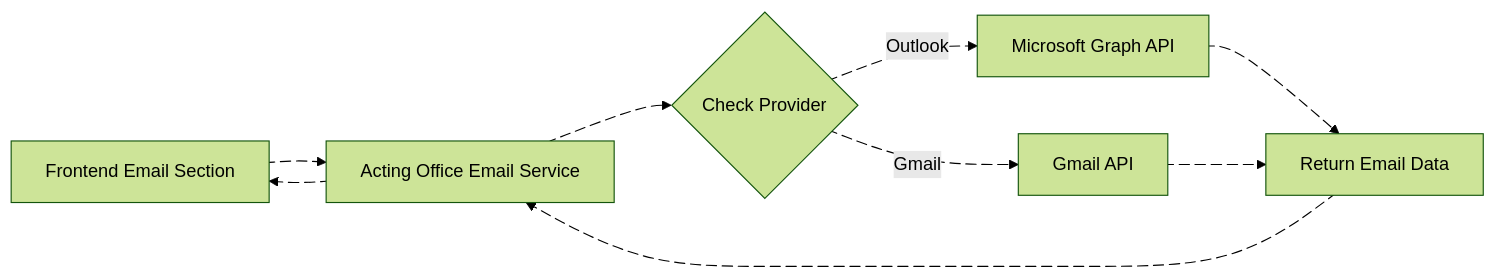
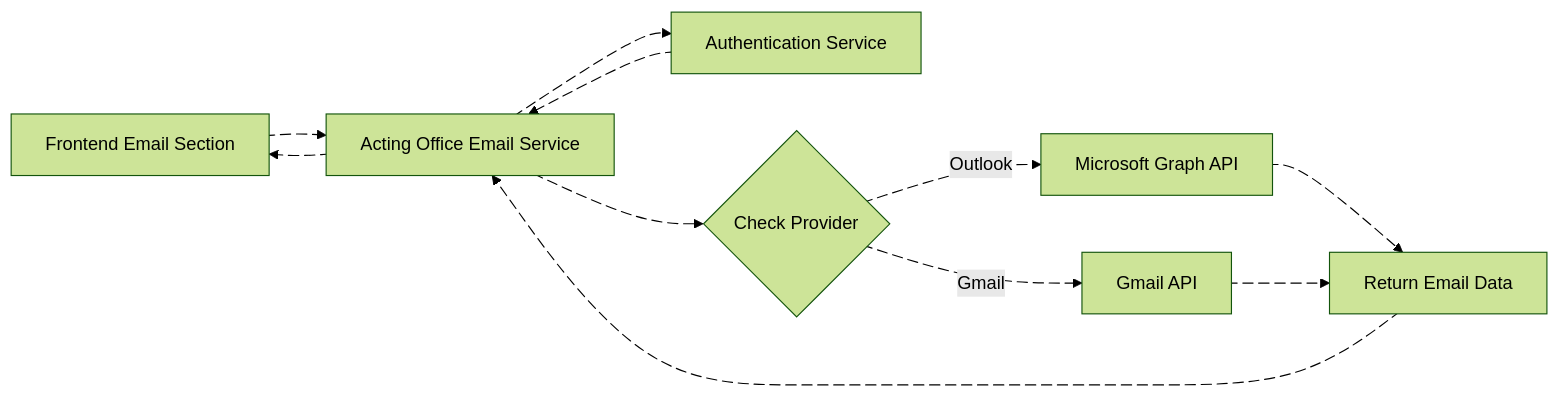
Before and after one commit to Harshita-capsitech/EmailDocs: the second of 12 diagrams in overAll.md, drawn with Mermaid (forest theme). The commit also changed other lines of this file, not shown here.

````diff
--- a/overAll.md
+++ b/overAll.md
@@ -139,24 +131,52 @@
 ```mermaid
 graph LR
-    FE[Frontend Email Section] edge1@--> ES[Acting Office Email Service]
-    ES edge2@--> C{Check Provider}
 
-    C edge3@-->|Outlook| F[Microsoft Graph API]
-    C edge4@-->|Gmail| G[Gmail API]
+    %% External / UI
+    FE[Frontend Email Section]
 
-    F edge5@--> H[Return Email Data]
-    G edge6@--> H
+    %% Core Services
+    ES[Acting Office Email Service]
+    AS[Authentication Service]
 
-    H edge7@--> ES
-    ES edge8@--> FE
+    %% Decision
+    C{Check Provider}
 
+    %% Providers
+    MS[Microsoft Graph API]
+    GM[Gmail API]
+
+    %% Result
+    R[Return Email Data]
+
+    %% Flow
+    FE edge1@--> ES
+
+    %% Auth flow (same pattern as reference)
+    ES edge2@--> AS
+    AS edge3@--> ES
+
+    %% Provider decision
+    ES edge4@--> C
+    C edge5@-->|Outlook| MS
+    C edge6@-->|Gmail| GM
+
+    MS edge7@--> R
+    GM edge8@--> R
+
+    R edge9@--> ES
+    ES edge10@--> FE
+
+    %% Animations
     edge1@{ animate: fast }
     edge2@{ animate: fast }
     edge3@{ animate: fast }
     edge4@{ animate: fast }
     edge5@{ animate: fast }
     edge6@{ animate: fast }
     edge7@{ animate: fast }
     edge8@{ animate: fast }
+    edge9@{ animate: fast }
+    edge10@{ animate: fast }
+
 
 ```
````
